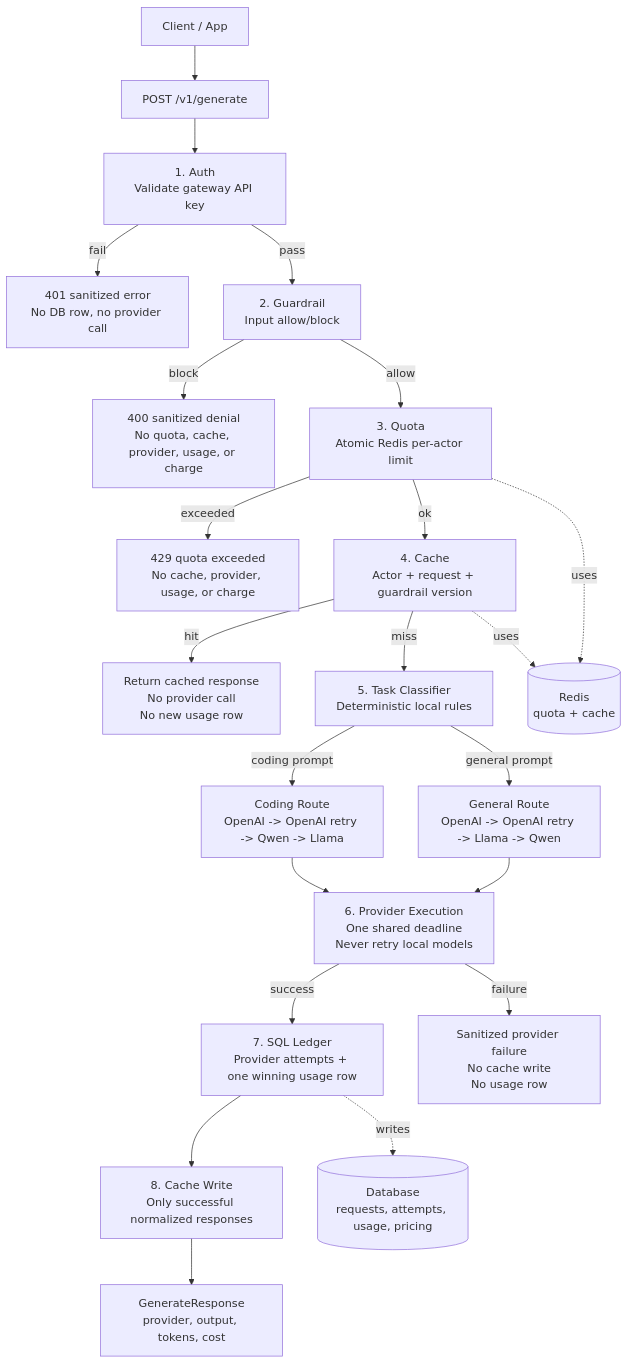
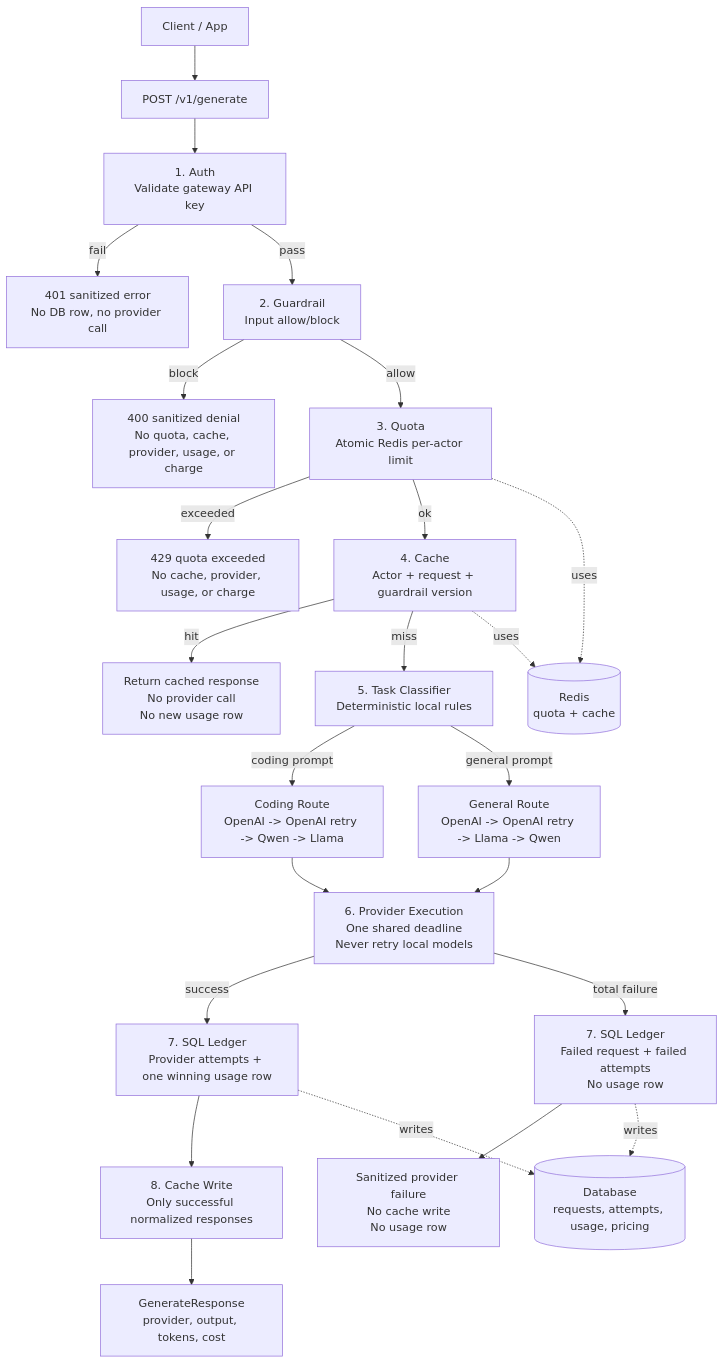
Before and after one commit to mthinhngn/Porta: the diagram in README.md, drawn with Mermaid. The commit also changed other lines of this file, not shown here.

Commit message:
Clarify failed provider attempt persistence

````diff
--- a/README.md
+++ b/README.md
@@ -6,34 +6,36 @@
 ```mermaid
 flowchart TD
     Client["Client / App"] --> API["POST /v1/generate"]
 
     API --> Auth["1. Auth<br/>Validate gateway API key"]
     Auth -->|fail| AuthFail["401 sanitized error<br/>No DB row, no provider call"]
 
     Auth -->|pass| Guardrail["2. Guardrail<br/>Input allow/block"]
     Guardrail -->|block| Blocked["400 sanitized denial<br/>No quota, cache, provider, usage, or charge"]
 
     Guardrail -->|allow| Quota["3. Quota<br/>Atomic Redis per-actor limit"]
     Quota -->|exceeded| QuotaFail["429 quota exceeded<br/>No cache, provider, usage, or charge"]
 
     Quota -->|ok| Cache["4. Cache<br/>Actor + request + guardrail version"]
     Cache -->|hit| CacheHit["Return cached response<br/>No provider call<br/>No new usage row"]
 
     Cache -->|miss| Classifier["5. Task Classifier<br/>Deterministic local rules"]
 
     Classifier -->|coding prompt| CodingRoute["Coding Route<br/>OpenAI -> OpenAI retry -> Qwen -> Llama"]
     Classifier -->|general prompt| GeneralRoute["General Route<br/>OpenAI -> OpenAI retry -> Llama -> Qwen"]
 
     CodingRoute --> ProviderExec["6. Provider Execution<br/>One shared deadline<br/>Never retry local models"]
     GeneralRoute --> ProviderExec
 
     ProviderExec -->|success| Ledger["7. SQL Ledger<br/>Provider attempts + one winning usage row"]
-    ProviderExec -->|failure| ProviderFail["Sanitized provider failure<br/>No cache write<br/>No usage row"]
+    ProviderExec -->|total failure| FailureLedger["7. SQL Ledger<br/>Failed request + failed attempts<br/>No usage row"]
+    FailureLedger --> ProviderFail["Sanitized provider failure<br/>No cache write<br/>No usage row"]
 
     Ledger --> CacheWrite["8. Cache Write<br/>Only successful normalized responses"]
     CacheWrite --> Response["GenerateResponse<br/>provider, output, tokens, cost"]
 
     Quota -.uses.-> Redis[("Redis<br/>quota + cache")]
     Cache -.uses.-> Redis
     Ledger -.writes.-> DB[("Database<br/>requests, attempts, usage, pricing")]
+    FailureLedger -.writes.-> DB
 ```
````
